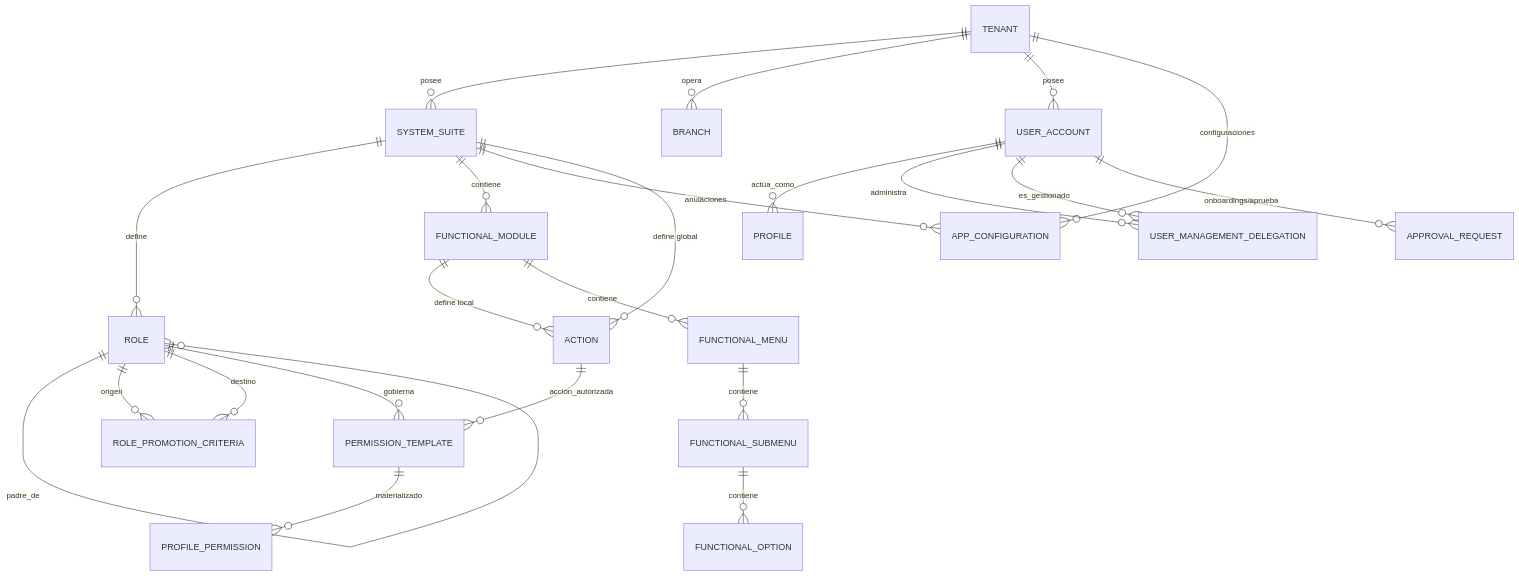
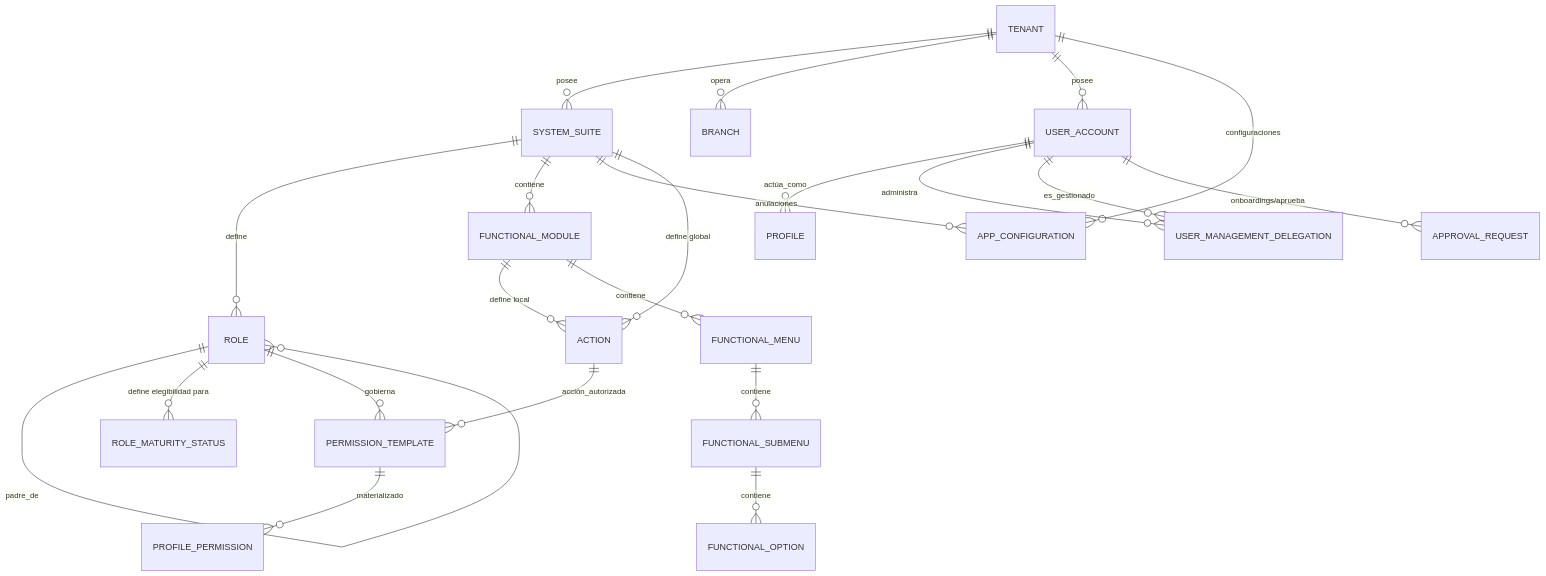
The first of 4 diagrams in docs/architecture/blueprints-es/database-design-er.md (beyondnetcode/ums), drawn with Mermaid before and after one commit. The commit also changed other lines of this file and 3 other files, not shown here.

Commit message:
docs: sync database design ER blueprints and export formats with C# domain aggregates and naming standards

````diff
--- a/docs/architecture/blueprints-es/database-design-er.md
+++ b/docs/architecture/blueprints-es/database-design-er.md
@@ -31,32 +31,31 @@
 ```mermaid
 erDiagram
     TENANT ||--o{ SYSTEM_SUITE : "posee"
     TENANT ||--o{ BRANCH : "opera"
     TENANT ||--o{ USER_ACCOUNT : "posee"
     SYSTEM_SUITE ||--o{ ROLE : "define"
     SYSTEM_SUITE ||--o{ FUNCTIONAL_MODULE : "contiene"
     
     ROLE ||--o{ ROLE : "padre_de"
-    ROLE ||--o{ ROLE_PROMOTION_CRITERIA : "origen"
-    ROLE ||--o{ ROLE_PROMOTION_CRITERIA : "destino"
+    ROLE ||--o{ ROLE_MATURITY_STATUS : "define elegibilidad para"
     
     TENANT ||--o{ APP_CONFIGURATION : "configuraciones"
     SYSTEM_SUITE ||--o{ APP_CONFIGURATION : "anulaciones"
     
     ROLE ||--o{ PERMISSION_TEMPLATE : "gobierna"
     PERMISSION_TEMPLATE ||--o{ PROFILE_PERMISSION : "materializado"
     
     USER_ACCOUNT ||--o{ PROFILE : "actúa_como"
     USER_ACCOUNT ||--o{ USER_MANAGEMENT_DELEGATION : "administra"
     USER_ACCOUNT ||--o{ USER_MANAGEMENT_DELEGATION : "es_gestionado"
     USER_ACCOUNT ||--o{ APPROVAL_REQUEST : "onboardings/aprueba"
     
     SYSTEM_SUITE ||--o{ ACTION : "define global"
     FUNCTIONAL_MODULE ||--o{ ACTION : "define local"
     
     FUNCTIONAL_MODULE ||--o{ FUNCTIONAL_MENU : "contiene"
     FUNCTIONAL_MENU ||--o{ FUNCTIONAL_SUBMENU : "contiene"
     FUNCTIONAL_SUBMENU ||--o{ FUNCTIONAL_OPTION : "contiene"
     
     ACTION ||--o{ PERMISSION_TEMPLATE : "acción_autorizada"
 ```
````
